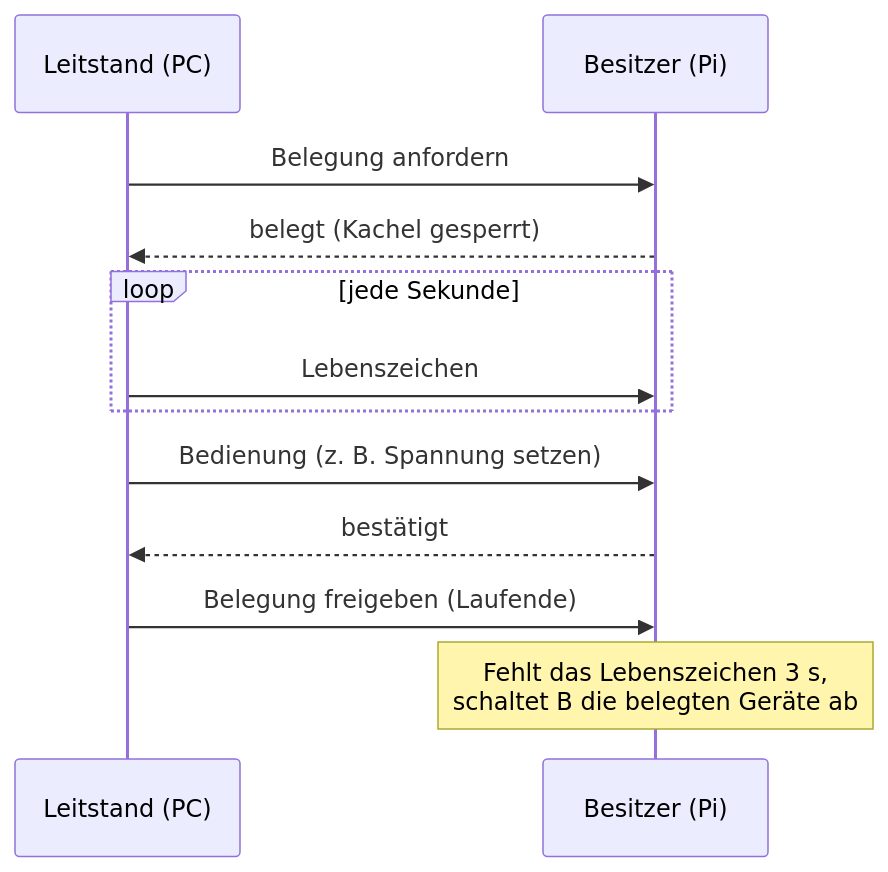
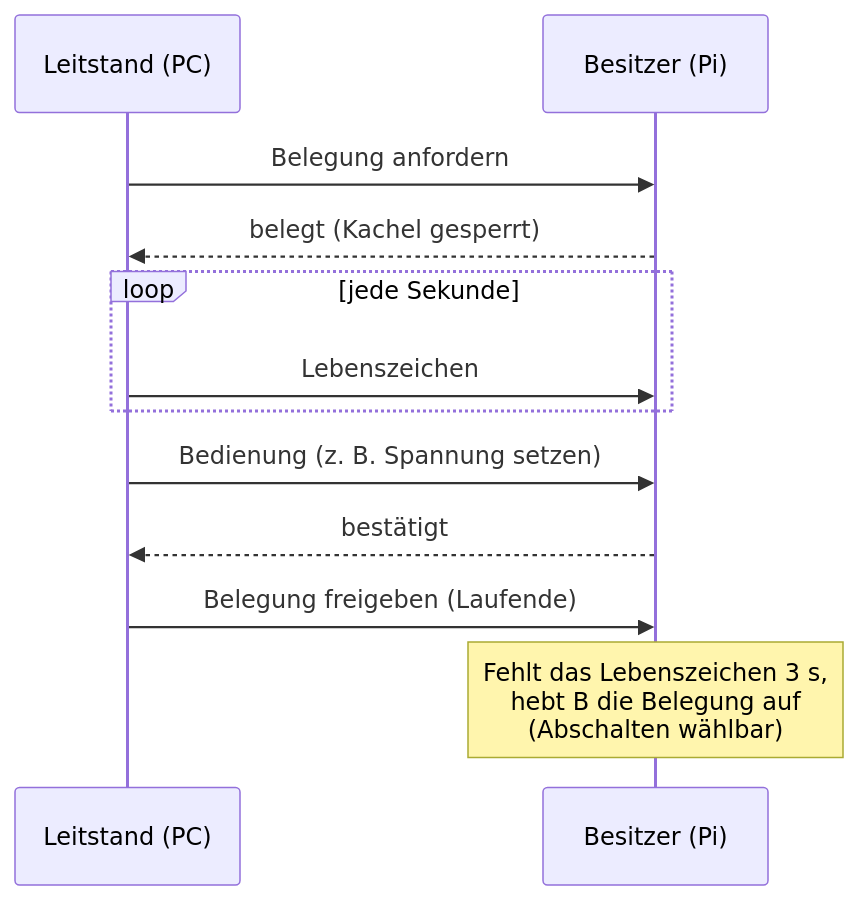
Before and after one commit to danielsimonreinhardt/LabControl: the sixth of 7 diagrams in docs/de/pi-verbund.md, drawn with Mermaid. The commit also changed other lines of this file and 9 other files, not shown here.

````diff
--- a/docs/de/pi-verbund.md
+++ b/docs/de/pi-verbund.md
@@ -350,14 +350,14 @@
 ```mermaid
 sequenceDiagram
   participant L as Leitstand (PC)
   participant B as Besitzer (Pi)
   L->>B: Belegung anfordern
   B-->>L: belegt (Kachel gesperrt)
   loop jede Sekunde
     L->>B: Lebenszeichen
   end
   L->>B: Bedienung (z. B. Spannung setzen)
   B-->>L: bestätigt
   L->>B: Belegung freigeben (Laufende)
-  Note over B: Fehlt das Lebenszeichen 3 s,<br/>schaltet B die belegten Geräte ab
+  Note over B: Fehlt das Lebenszeichen 3 s,<br/>hebt B die Belegung auf<br/>(Abschalten wählbar)
 ```
````
